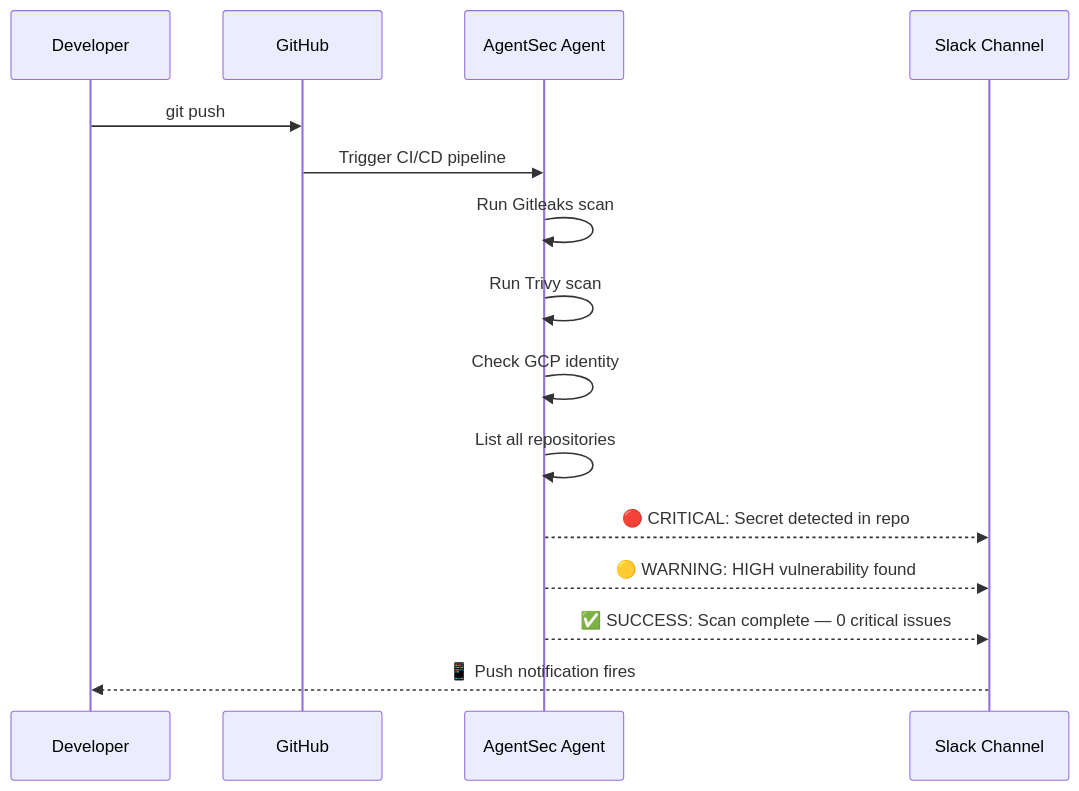
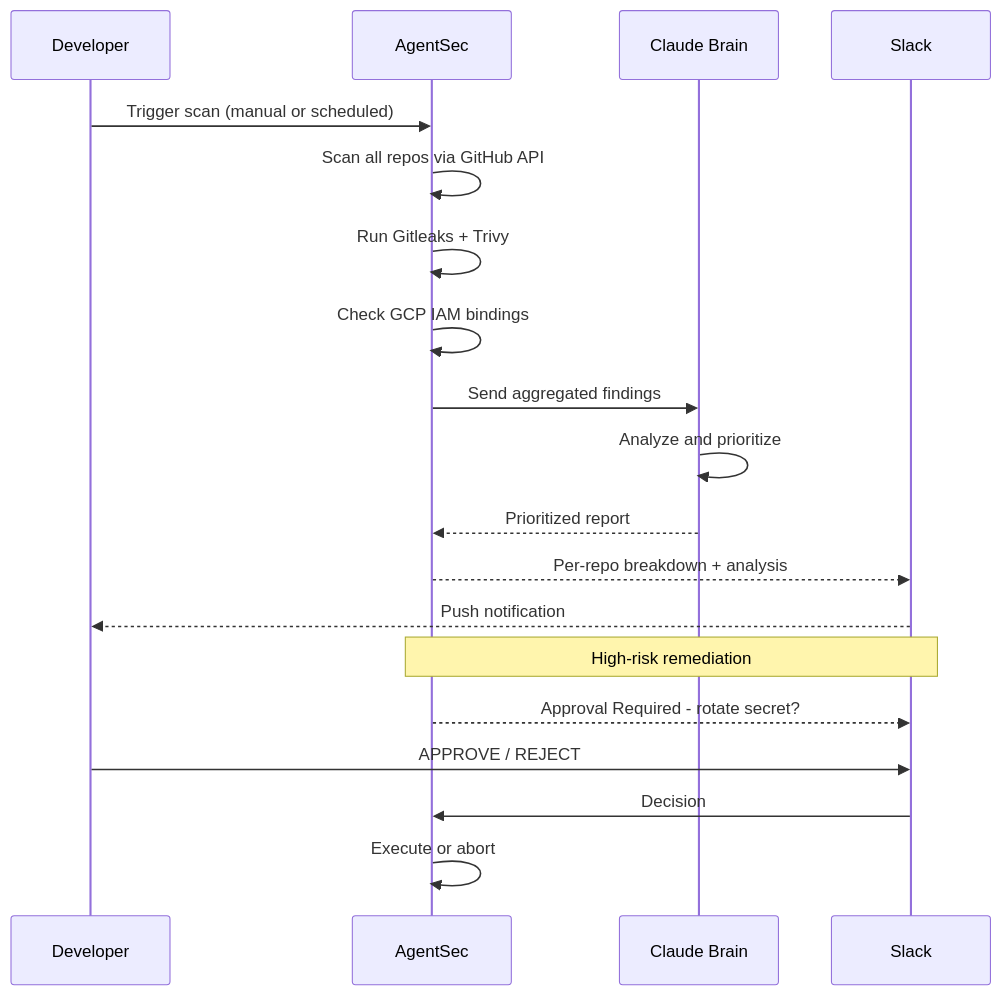
Before and after one commit to ashNikov/devsec-agent: the second of 2 diagrams in README.md, drawn with Mermaid. The commit also changed other lines of this file, not shown here.

First line of the commit message:
Update README — Phase 2 complete, ashNikov Technologies branding

````diff
--- a/README.md
+++ b/README.md
@@ -40,18 +80,23 @@
 ```mermaid
 sequenceDiagram
     participant Dev as Developer
-    participant GH as GitHub
-    participant Agent as AgentSec Agent
-    participant Slack as Slack Channel
+    participant Agent as AgentSec
+    participant Brain as Claude Brain
+    participant Slack as Slack
 
-    Dev->>GH: git push
-    GH->>Agent: Trigger CI/CD pipeline
-    Agent->>Agent: Run Gitleaks scan
-    Agent->>Agent: Run Trivy scan
-    Agent->>Agent: Check GCP identity
-    Agent->>Agent: List all repositories
-    Agent-->>Slack: 🔴 CRITICAL: Secret detected in repo
-    Agent-->>Slack: 🟡 WARNING: HIGH vulnerability found
-    Agent-->>Slack: ✅ SUCCESS: Scan complete — 0 critical issues
-    Slack-->>Dev: 📱 Push notification fires
+    Dev->>Agent: Trigger scan (manual or scheduled)
+    Agent->>Agent: Scan all repos via GitHub API
+    Agent->>Agent: Run Gitleaks + Trivy
+    Agent->>Agent: Check GCP IAM bindings
+    Agent->>Brain: Send aggregated findings
+    Brain->>Brain: Analyze and prioritize
+    Brain-->>Agent: Prioritized report
+    Agent-->>Slack: Per-repo breakdown + analysis
+    Slack-->>Dev: Push notification
+
+    Note over Agent,Slack: High-risk remediation
+    Agent-->>Slack: Approval Required - rotate secret?
+    Dev->>Slack: APPROVE / REJECT
+    Slack->>Agent: Decision
+    Agent->>Agent: Execute or abort
 ```
````
